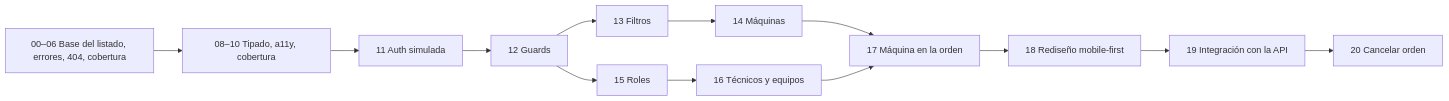
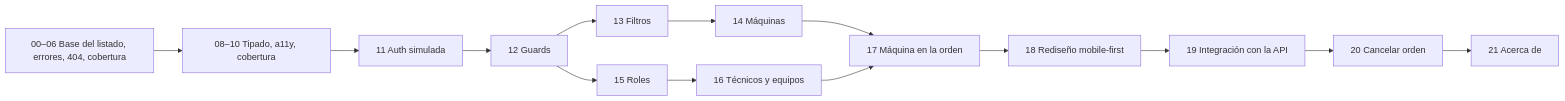
Before and after one commit to CristianEscequiel/angular-enterprise-lab: the diagram in .claude/specs/ROADMAP.md, drawn with Mermaid. The commit also changed other lines of this file and 24 other files, not shown here.

````diff
--- a/.claude/specs/ROADMAP.md
+++ b/.claude/specs/ROADMAP.md
@@ -38,10 +39,10 @@
 ```mermaid
 flowchart LR
   S00[00–06 Base del listado, errores, 404, cobertura] --> S08[08–10 Tipado, a11y, cobertura]
   S08 --> S11[11 Auth simulada] --> S12[12 Guards]
   S12 --> S13[13 Filtros] --> S14[14 Máquinas]
   S12 --> S15[15 Roles] --> S16[16 Técnicos y equipos]
   S14 --> S17[17 Máquina en la orden]
   S16 --> S17
-  S17 --> S18[18 Rediseño mobile-first] --> S19[19 Integración con la API] --> S20[20 Cancelar orden]
+  S17 --> S18[18 Rediseño mobile-first] --> S19[19 Integración con la API] --> S20[20 Cancelar orden] --> S21[21 Acerca de]
 ```
````
